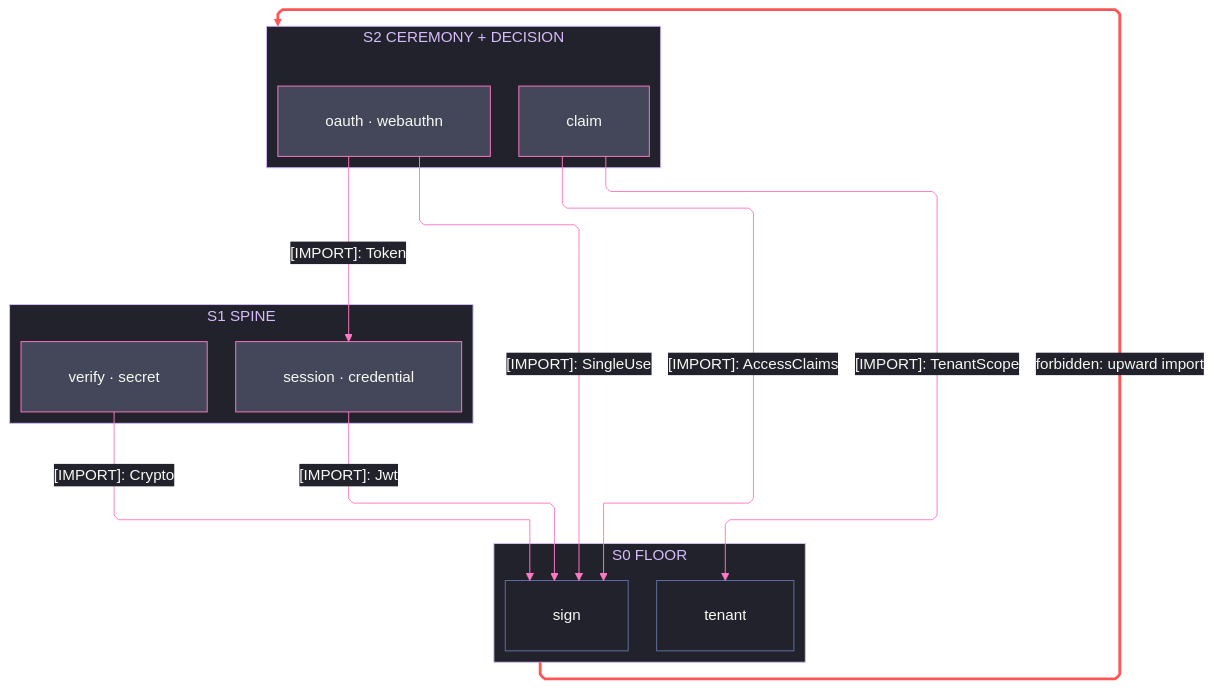
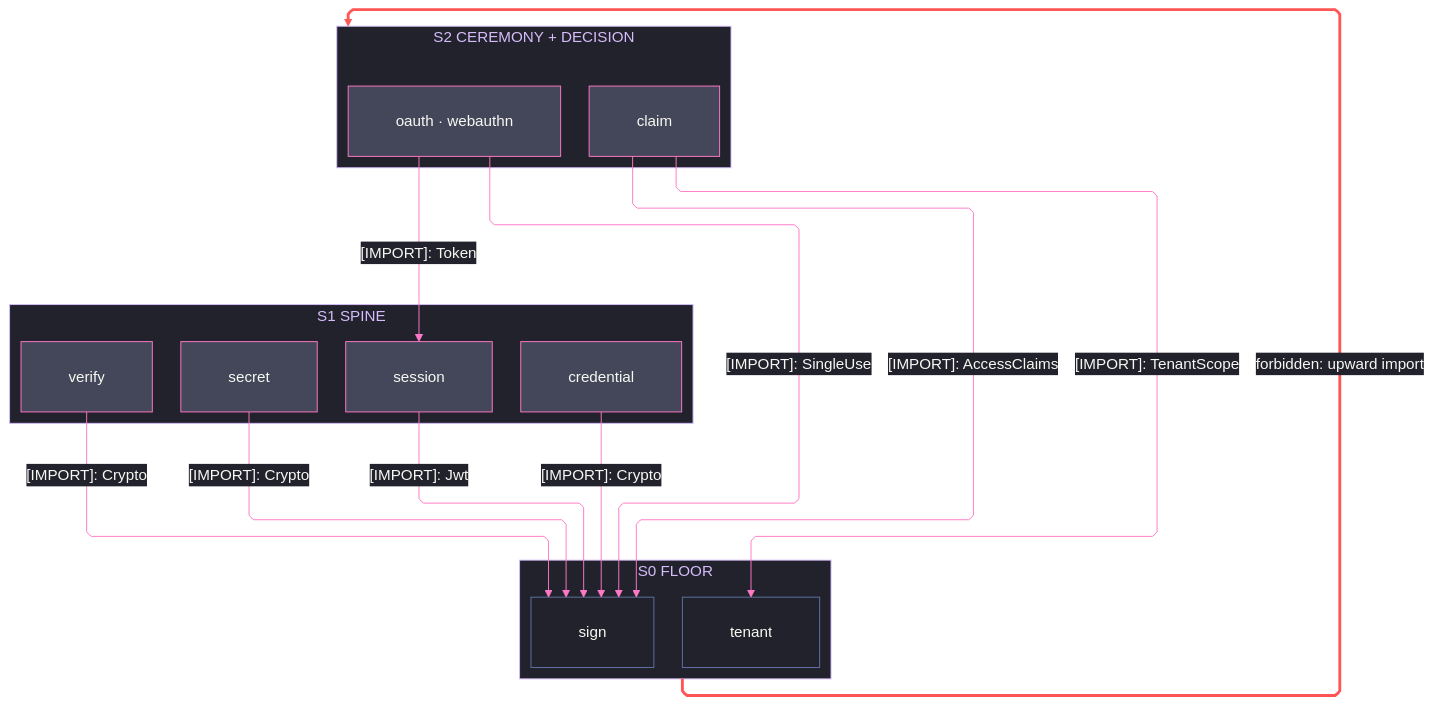
The first of 2 diagrams in libs/typescript/security/ARCHITECTURE.md (bsamiee/Rasm), drawn with Mermaid before and after one commit. The commit also changed 9 other files, not shown here.

Commit message:
architecture: CR finding fixes

````diff
--- a/libs/typescript/security/ARCHITECTURE.md
+++ b/libs/typescript/security/ARCHITECTURE.md
@@ -30,58 +30,62 @@
 ```mermaid
 ---
 config:
   theme: base
   look: classic
   layout: elk
   flowchart:
     curve: linear
     padding: 25
   themeVariables:
     darkMode: true
     fontFamily: "SF Mono, Menlo, Cascadia Mono, Segoe UI Mono, Consolas, monospace"
     useGradient: false
     dropShadow: "none"
     background: "#282A36"
     primaryColor: "#44475A"
     primaryTextColor: "#F8F8F2"
     primaryBorderColor: "#BD93F9"
     lineColor: "#FF79C6"
     textColor: "#F8F8F2"
     clusterBkg: "#21222C"
     clusterBorder: "#D6BCFA"
     edgeLabelBackground: "#21222C"
     labelBackgroundColor: "#21222C"
     titleColor: "#D6BCFA"
   themeCSS: ".nodeLabel{font-size:13px;font-weight:500}.edgeLabel{font-size:12px;font-weight:500}.cluster-label .nodeLabel{font-size:13.5px;font-weight:700;letter-spacing:.08em}.edge-thickness-normal{stroke-width:2px}.edge-thickness-thick{stroke-width:3px}.edge-pattern-dashed,.edge-pattern-dotted{stroke-width:1.5px;stroke-dasharray:4 6}.node rect,.node circle,.node polygon,.node path,.node .outer-path{stroke-width:1.5px;filter:none!important}.cluster rect{stroke-width:1px!important;stroke-dasharray:5 4!important;filter:none!important}.marker path{transform:scale(.8);transform-origin:5px 5px}.marker circle{transform:scale(.48);transform-origin:5px 5px}.edgeLabel rect{transform-box:fill-box;transform-origin:center;transform:scale(1.1,1.2)}"
 ---
 flowchart TB
     accTitle: Security interior import strata
-    accDescr: Three interior waves — ceremonies and the entitlement fold over the verify, secret, and session spine onto the sign and tenant floor — every import downward, labeled edges naming one sourced type each, and one forbidden upward edge styled red.
+    accDescr: Three interior waves — ceremonies and the entitlement fold over the verify, secret, session, and credential spine onto the sign and tenant floor — every import downward, labeled edges naming one sourced type each, and one forbidden upward edge styled red.
     subgraph S2["S2 CEREMONY + DECISION"]
         Ceremony["oauth · webauthn"]
         Claim[claim]
     end
     subgraph S1["S1 SPINE"]
-        Verify["verify · secret"]
-        Session["session · credential"]
+        Verify[verify]
+        Secret[secret]
+        Session[session]
+        Credential[credential]
     end
     subgraph S0["S0 FLOOR"]
         Sign[sign]
         TenantRef[tenant]
     end
     Verify e1@-->|"[IMPORT]: Crypto"| Sign
+    Secret e7@-->|"[IMPORT]: Crypto"| Sign
     Session e2@-->|"[IMPORT]: Jwt"| Sign
+    Credential e8@-->|"[IMPORT]: Crypto"| Sign
     Ceremony e3@-->|"[IMPORT]: Token"| Session
     Ceremony e4@-->|"[IMPORT]: SingleUse"| Sign
     Claim e5@-->|"[IMPORT]: AccessClaims"| Sign
     Claim e6@-->|"[IMPORT]: TenantScope"| TenantRef
     S0 f1@-->|"forbidden: upward import"| S2
     classDef primary fill:#44475A,stroke:#FF79C6,color:#F8F8F2
     classDef recessed fill:#21222C,stroke:#6272A4,color:#F8F8F2
     classDef edgeControl stroke:#FF79C6,color:#F8F8F2
     classDef edgeError stroke:#FF5555,stroke-width:3px,color:#F8F8F2
-    class Ceremony,Claim,Verify,Session primary
+    class Ceremony,Claim,Verify,Secret,Session,Credential primary
     class Sign,TenantRef recessed
-    class e1,e2,e3,e4,e5,e6 edgeControl
+    class e1,e2,e3,e4,e5,e6,e7,e8 edgeControl
     class f1 edgeError
 ```
````
